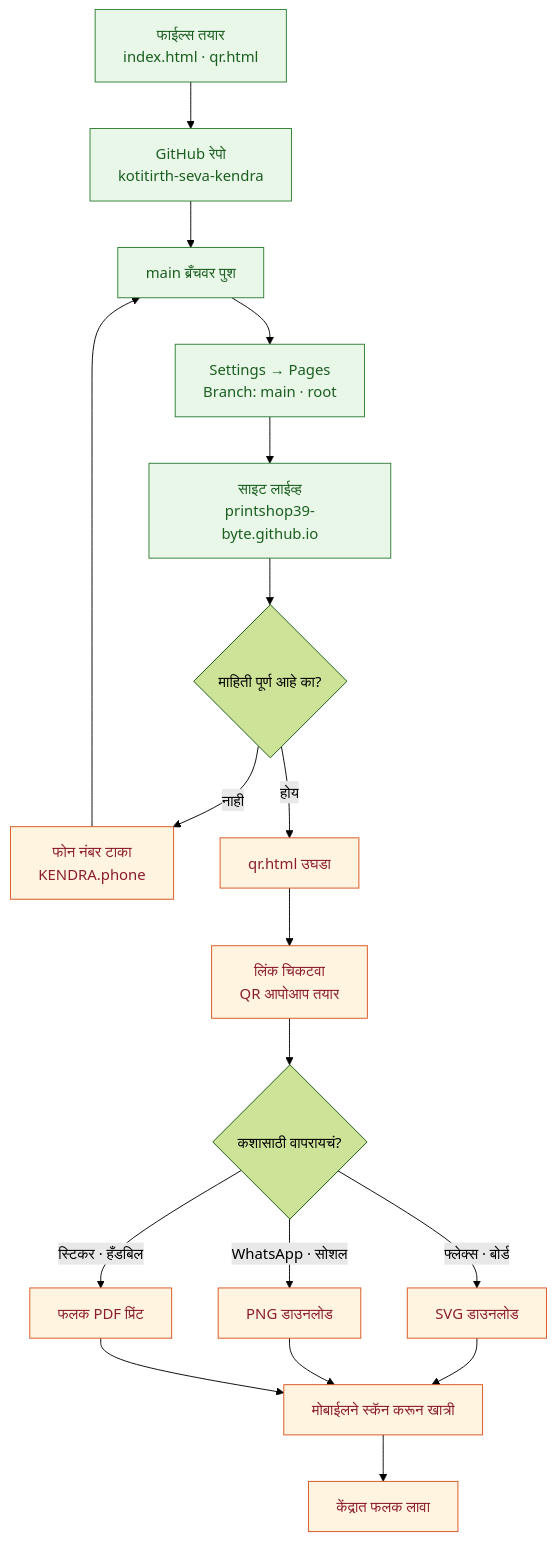
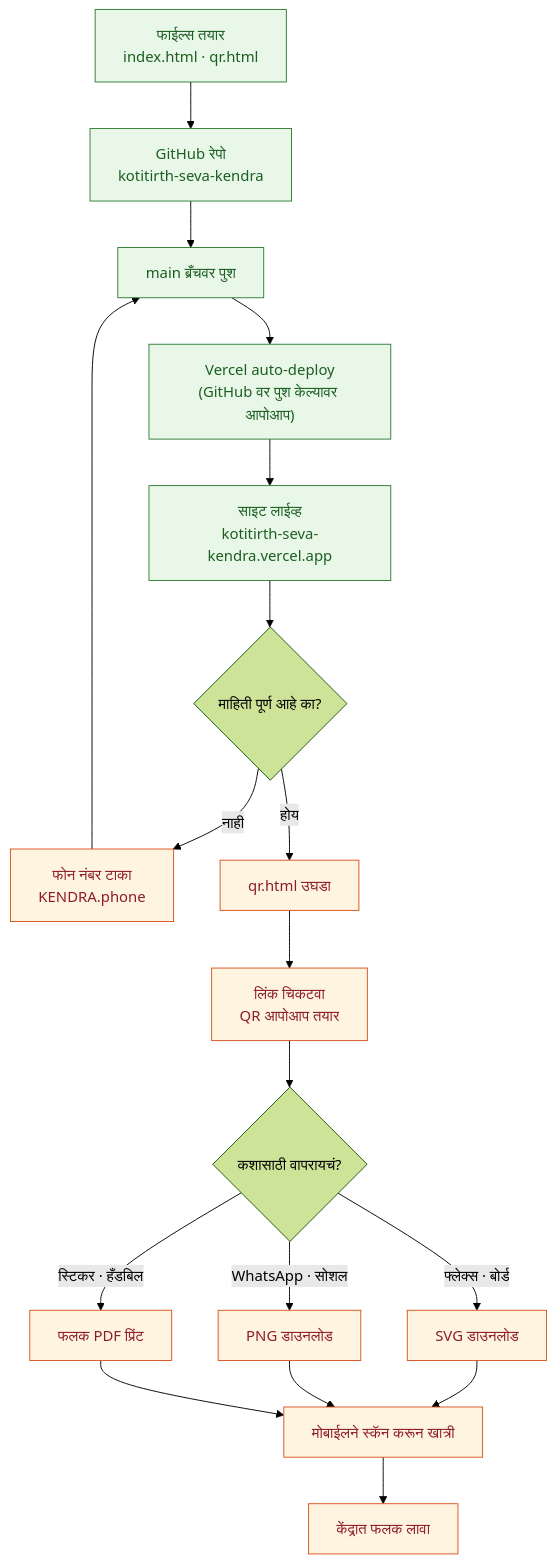
The first of 4 diagrams in PLAN.md (printshop39-byte/kotitirth-seva-kendra), drawn with Mermaid (forest theme) before and after one commit. The commit also changed other lines of this file and 6 other files, not shown here.

First line of the commit message:
साईट Vercel वर हलवली — सर्व लिंक अपडेट (GitHub Pages ऐवजी Vercel)

````diff
--- a/PLAN.md
+++ b/PLAN.md
@@ -32,28 +32,28 @@
 ```mermaid
 flowchart TD
     A["फाईल्स तयार<br/>index.html · qr.html"] --> B["GitHub रेपो<br/>kotitirth-seva-kendra"]
     B --> C["main ब्रँचवर पुश"]
-    C --> D["Settings → Pages<br/>Branch: main · root"]
-    D --> E["साइट लाईव्ह<br/>printshop39-byte.github.io"]
+    C --> D["Vercel auto-deploy<br/>(GitHub वर पुश केल्यावर आपोआप)"]
+    D --> E["साइट लाईव्ह<br/>kotitirth-seva-kendra.vercel.app"]
 
     E --> F{"माहिती पूर्ण आहे का?"}
     F -->|"नाही"| G["फोन नंबर टाका<br/>KENDRA.phone"]
     G --> C
     F -->|"होय"| H["qr.html उघडा"]
 
     H --> I["लिंक चिकटवा<br/>QR आपोआप तयार"]
     I --> J{"कशासाठी वापरायचं?"}
     J -->|"फ्लेक्स · बोर्ड"| K["SVG डाउनलोड"]
     J -->|"WhatsApp · सोशल"| L["PNG डाउनलोड"]
     J -->|"स्टिकर · हँडबिल"| M["फलक PDF प्रिंट"]
 
     K --> N["मोबाईलने स्कॅन करून खात्री"]
     L --> N
     M --> N
     N --> O["केंद्रात फलक लावा"]
 
     classDef done fill:#E9F7E9,stroke:#2E7D32,color:#1B5E20
     classDef todo fill:#FFF4E0,stroke:#D9531E,color:#8C1D2B
     class A,B,C,D,E done
     class G,H,I,K,L,M,N,O todo
 ```
````
